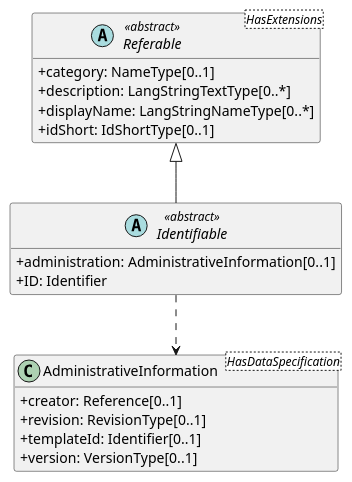
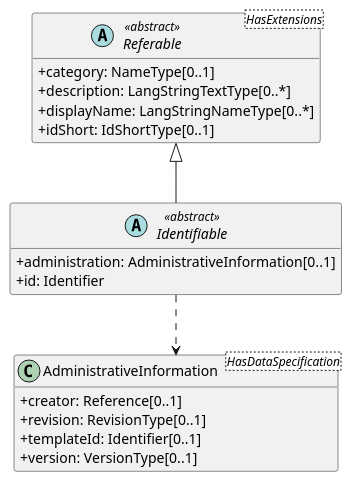
Before and after one commit to zrgt/py2puml: the diagram in output/19_Referable.puml, drawn with PlantUML. The commit also changed 9 other files, not shown here.

```diff
--- a/output/19_Referable.puml
+++ b/output/19_Referable.puml
@@ -1,23 +1,23 @@
 @startuml
 skinparam classAttributeIconSize 0
 hide methods
 
 abstract class Referable<HasExtensions> <<abstract>> {
   +category: NameType[0..1] 
   +description: LangStringTextType[0..*] 
   +displayName: LangStringNameType[0..*] 
   +idShort: IdShortType[0..1] 
 }
 abstract class Identifiable <<abstract>> {
   +administration: AdministrativeInformation[0..1] 
-  +ID: Identifier 
+  +id: Identifier 
 }
 class AdministrativeInformation<HasDataSpecification> {
   +creator: Reference[0..1] 
   +revision: RevisionType[0..1] 
   +templateId: Identifier[0..1] 
   +version: VersionType[0..1] 
 }
 Identifiable ..> AdministrativeInformation
 Referable <|-- Identifiable
 @enduml
```
